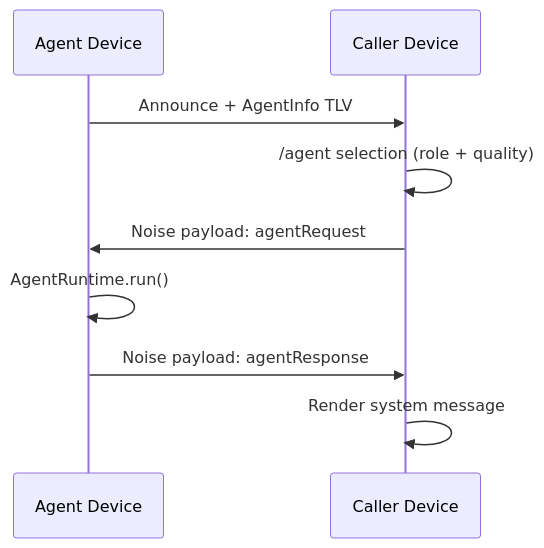
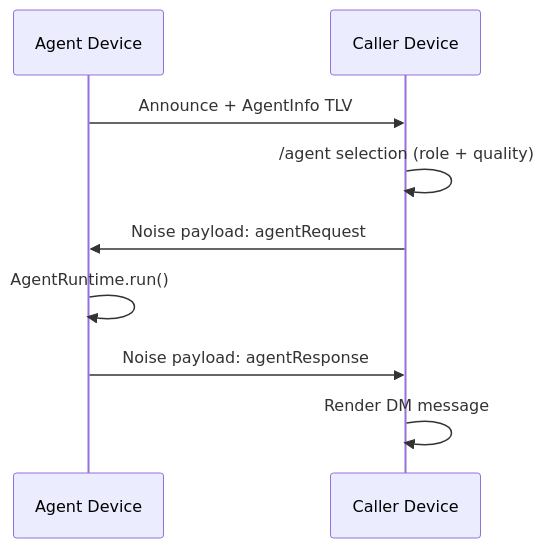
The second of 2 diagrams in docs/AGENT_MESH.md (kylewalsh525/bitchat), drawn with Mermaid before and after one commit. The commit also changed other lines of this file and 45 other files, not shown here.

````diff
--- a/docs/AGENT_MESH.md
+++ b/docs/AGENT_MESH.md
@@ -69,11 +69,11 @@
 ```mermaid
 sequenceDiagram
     participant A as Agent Device
     participant C as Caller Device
     A->>C: Announce + AgentInfo TLV
     C->>C: /agent selection (role + quality)
     C->>A: Noise payload: agentRequest
     A->>A: AgentRuntime.run()
     A->>C: Noise payload: agentResponse
-    C->>C: Render system message
+    C->>C: Render DM message
 ```
````
